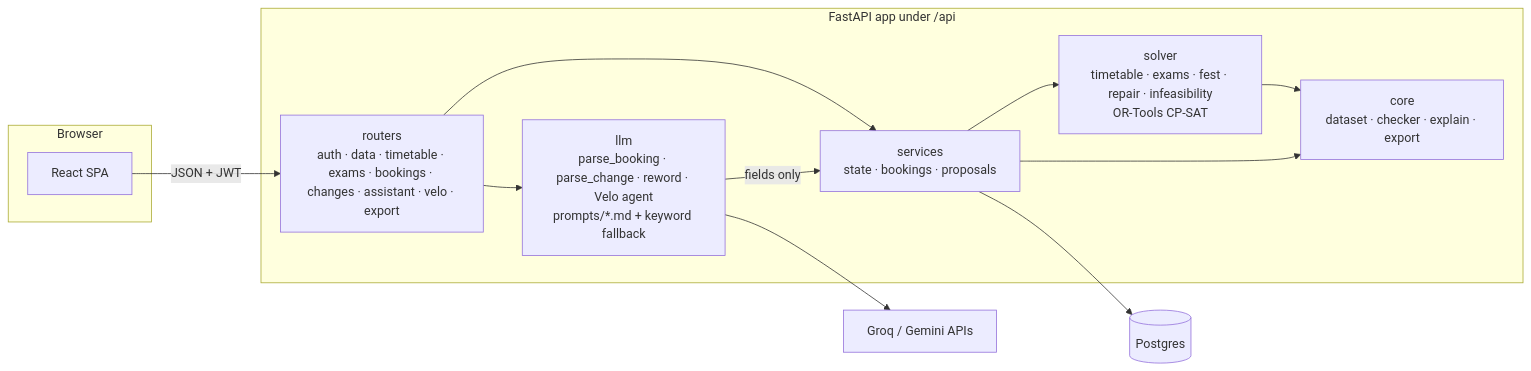
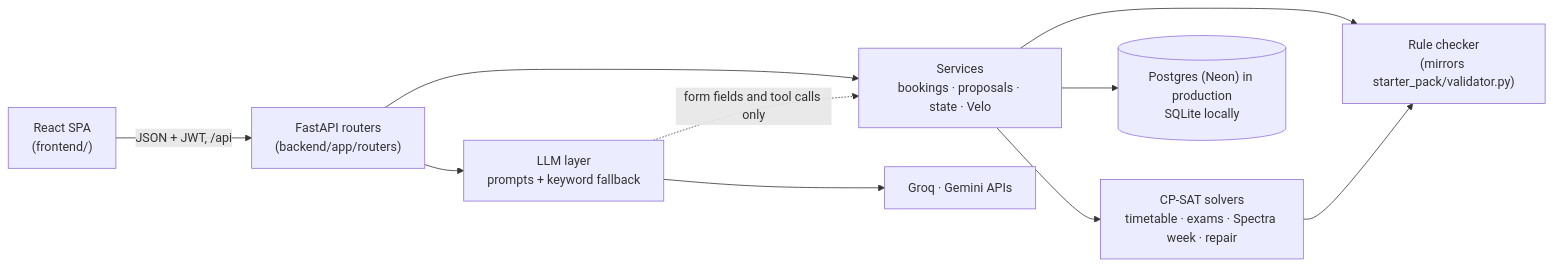
The diagram in README.md (me-adityaraj8/crunchweek-cit-scheduler), drawn with Mermaid before and after one commit. The commit also changed other lines of this file and 2 other files, not shown here.

````diff
--- a/README.md
+++ b/README.md
@@ -41,21 +39,12 @@
 ```mermaid
 flowchart LR
-  subgraph Browser
-    UI[React SPA]
-  end
-  subgraph Backend[FastAPI app under /api]
-    API[routers<br/>auth · data · timetable · exams · bookings · changes · assistant · velo · export]
-    SVC[services<br/>state · bookings · proposals]
-    CORE[core<br/>dataset · checker · explain · export]
-    SOLV[solver<br/>timetable · exams · fest · repair · infeasibility<br/>OR-Tools CP-SAT]
-    LLM[llm<br/>parse_booking · parse_change · reword · Velo agent<br/>prompts/*.md + keyword fallback]
-  end
-  DB[(Postgres)]
-  GEM[Groq / Gemini APIs]
-  UI -- JSON + JWT --> API --> SVC
-  SVC --> SOLV --> CORE
-  SVC --> CORE
-  API --> LLM -- fields only --> SVC
-  LLM --> GEM
-  SVC --> DB
+  UI["React SPA<br/>(frontend/)"] -- "JSON + JWT, /api" --> R["FastAPI routers<br/>(backend/app/routers)"]
+  R --> S["Services<br/>bookings · proposals · state · Velo"]
+  S --> SV["CP-SAT solvers<br/>timetable · exams · Spectra week · repair"]
+  S --> C["Rule checker<br/>(mirrors starter_pack/validator.py)"]
+  SV --> C
+  S --> DB[("Postgres (Neon) in production<br/>SQLite locally")]
+  R --> L["LLM layer<br/>prompts + keyword fallback"]
+  L -. "form fields and tool calls only" .-> S
+  L --> AI["Groq · Gemini APIs"]
 ```
````
